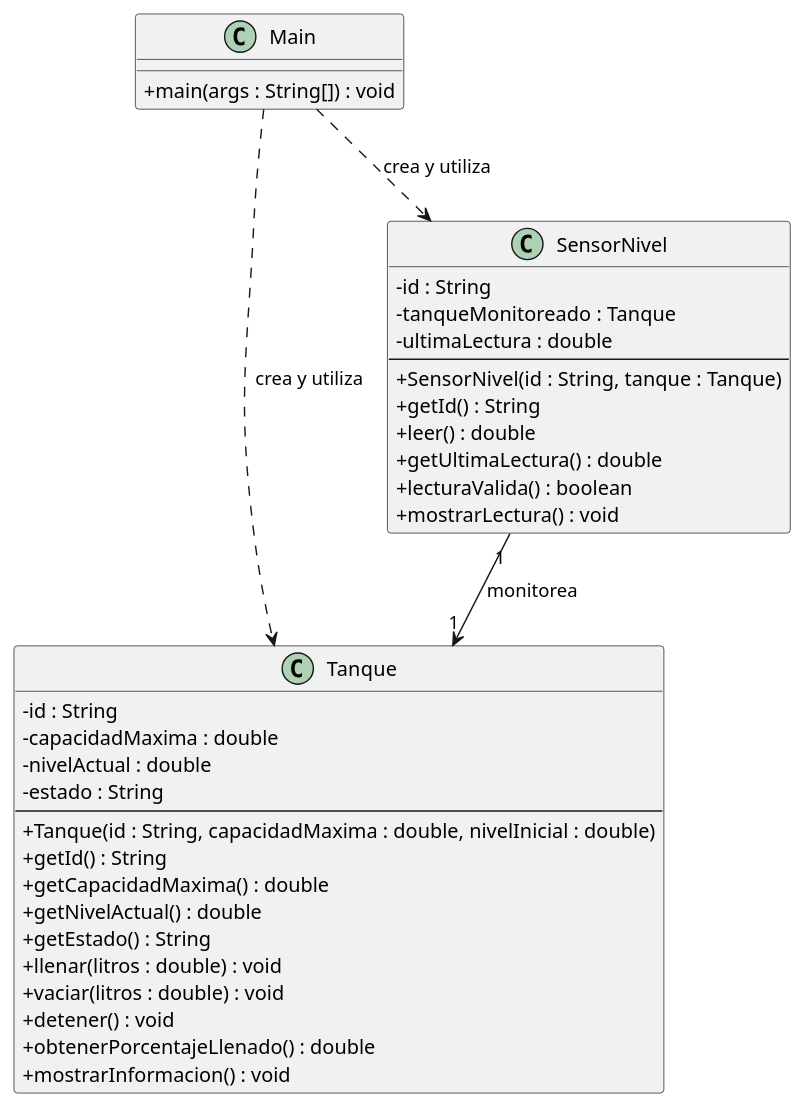
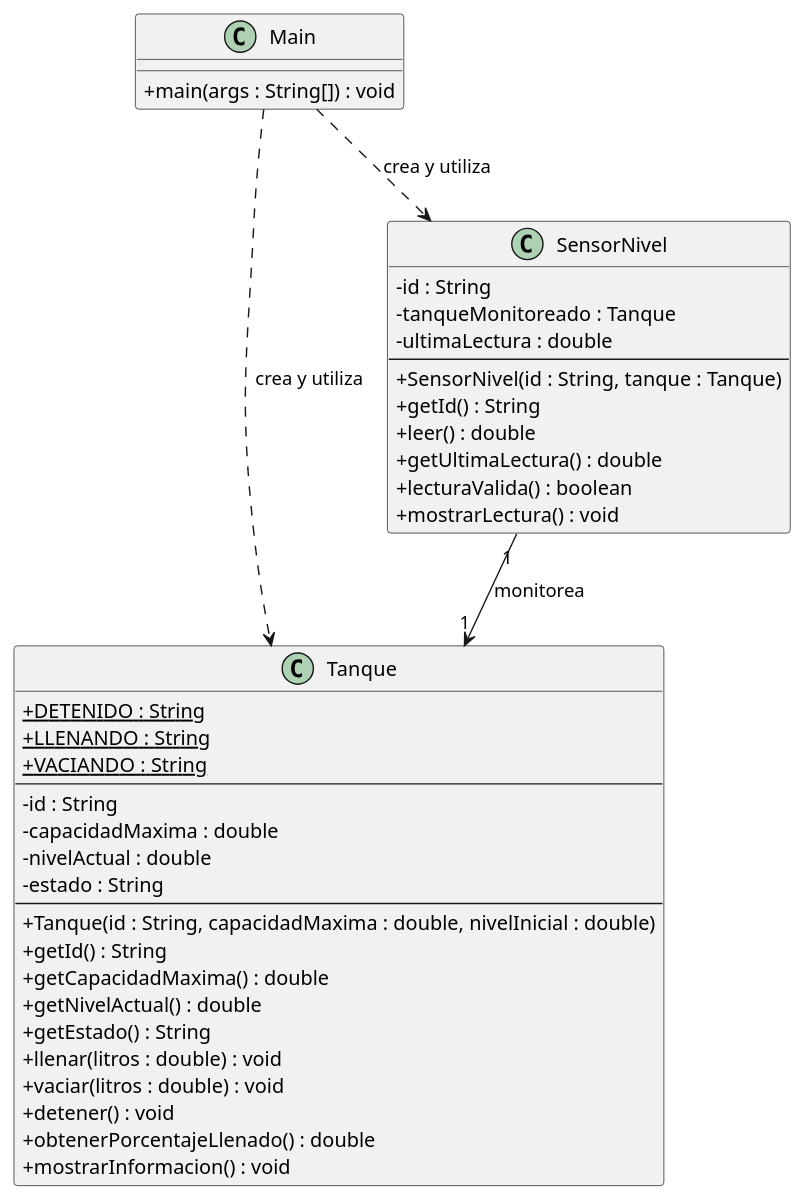
One commit to alespyba1/sistema-monitoreo-java changed the diagram in docs/uml-inicial.puml. Above: the diagram before and after it, drawn with PlantUML. The commit also changed 1 other file, not shown here.

Commit message:
El diagrama no muestra las constantes de estado que se definieron en la sección 5.4, y el nombre del parámetro del constructor de Tanque no coincide con el atributo, por lo que realize la actualización tanto del puml, como del png

```diff
--- a/docs/uml-inicial.puml
+++ b/docs/uml-inicial.puml
@@ -1,43 +1,47 @@
 @startuml
 skinparam classAttributeIconSize 0
 
 class Tanque {
+  + {static} DETENIDO : String
+  + {static} LLENANDO : String
+  + {static} VACIANDO : String
+  --
   - id : String
   - capacidadMaxima : double
   - nivelActual : double
   - estado : String
   --
   + Tanque(id : String, capacidadMaxima : double, nivelInicial : double)
   + getId() : String
   + getCapacidadMaxima() : double
   + getNivelActual() : double
   + getEstado() : String
   + llenar(litros : double) : void
   + vaciar(litros : double) : void
   + detener() : void
   + obtenerPorcentajeLlenado() : double
   + mostrarInformacion() : void
 }
 
 class SensorNivel {
   - id : String
   - tanqueMonitoreado : Tanque
   - ultimaLectura : double
   --
   + SensorNivel(id : String, tanque : Tanque)
   + getId() : String
   + leer() : double
   + getUltimaLectura() : double
   + lecturaValida() : boolean
   + mostrarLectura() : void
 }
 
 class Main {
   + main(args : String[]) : void
 }
 
 SensorNivel "1" --> "1" Tanque : monitorea
 Main ..> Tanque : crea y utiliza
 Main ..> SensorNivel : crea y utiliza
 
 @enduml
```
